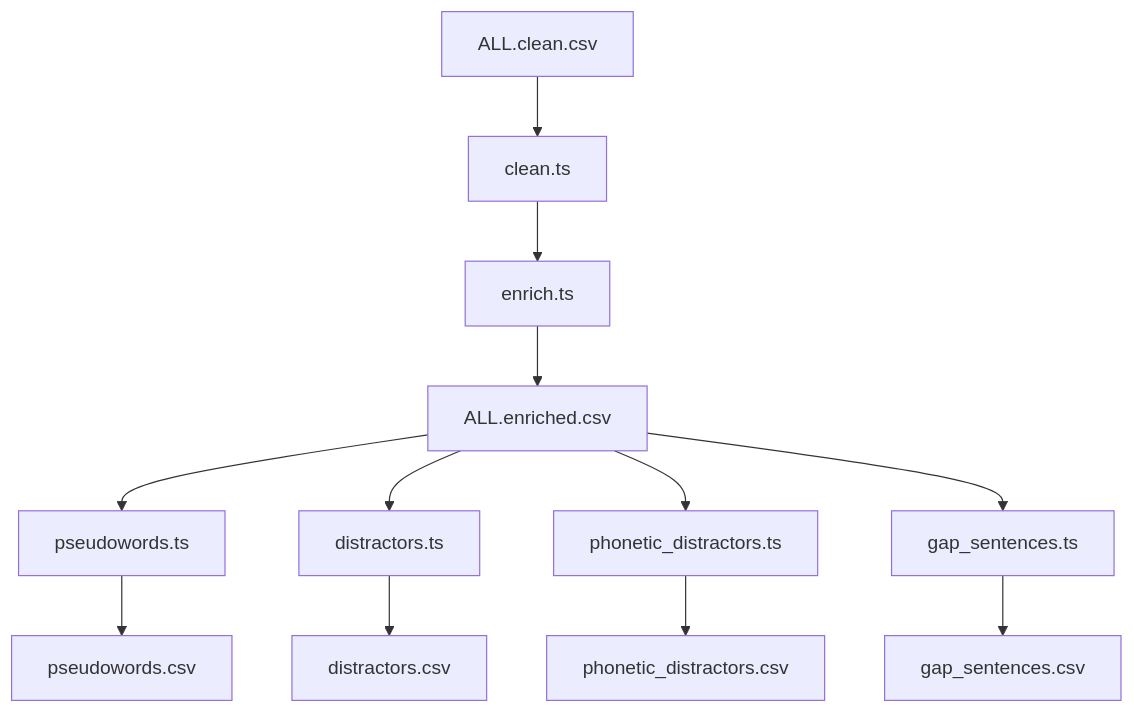
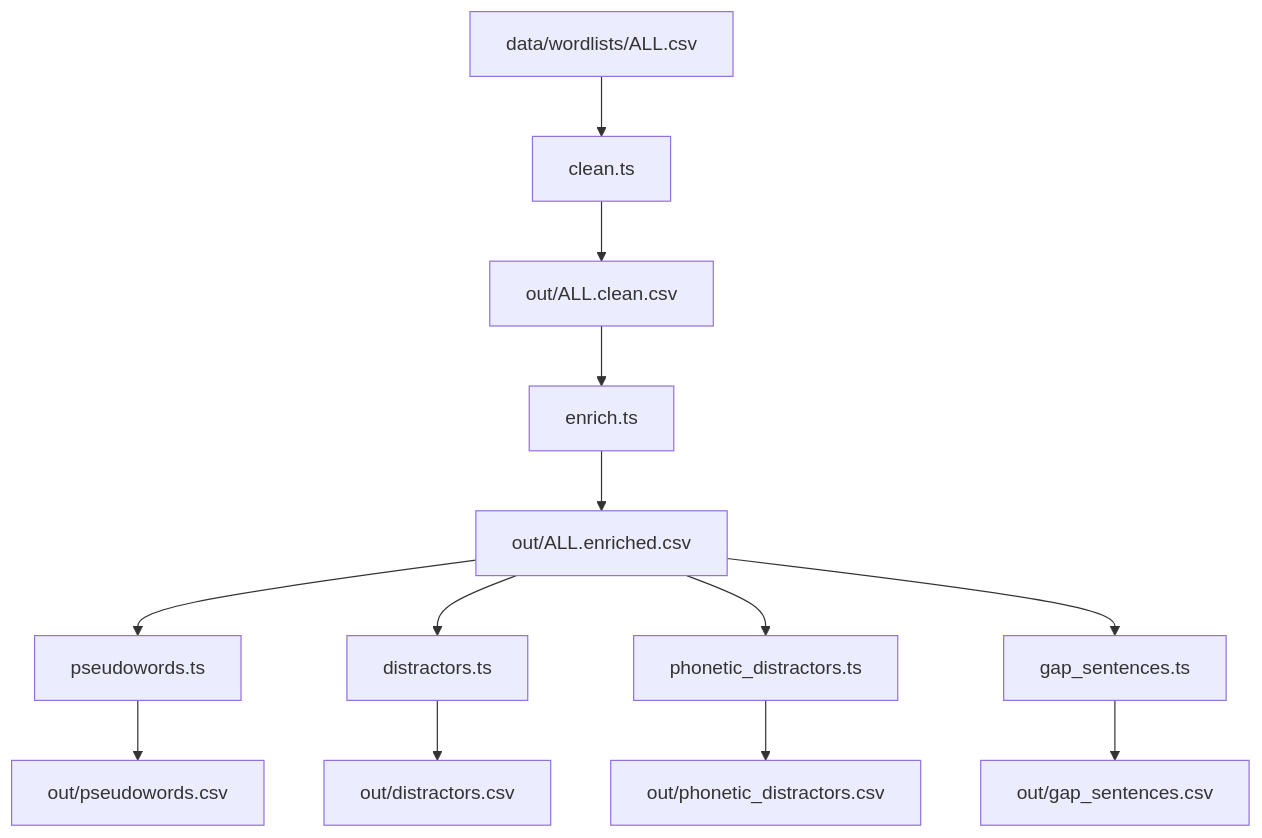
The diagram in docs/tech-details/enrichers.md (Mkots/elx), drawn with Mermaid before and after one commit. The commit also changed other lines of this file and 39 other files, not shown here.

````diff
--- a/docs/tech-details/enrichers.md
+++ b/docs/tech-details/enrichers.md
@@ -17,15 +38,16 @@
 ```mermaid
 graph TD
-    A[ALL.clean.csv] --> B[clean.ts]
-    B --> C[enrich.ts]
-    C --> D[ALL.enriched.csv]
-    D --> E[pseudowords.ts]
-    D --> F[distractors.ts]
-    D --> G[phonetic_distractors.ts]
-    D --> H[gap_sentences.ts]
+    A[data/wordlists/ALL.csv] --> B[clean.ts]
+    B --> C[out/ALL.clean.csv]
+    C --> D[enrich.ts]
+    D --> E[out/ALL.enriched.csv]
+    E --> F[pseudowords.ts]
+    E --> G[distractors.ts]
+    E --> H[phonetic_distractors.ts]
+    E --> I[gap_sentences.ts]
 
-    E --> I[pseudowords.csv]
-    F --> J[distractors.csv]
-    G --> K[phonetic_distractors.csv]
-    H --> L[gap_sentences.csv]
+    F --> J[out/pseudowords.csv]
+    G --> K[out/distractors.csv]
+    H --> L[out/phonetic_distractors.csv]
+    I --> M[out/gap_sentences.csv]
 ```
````
